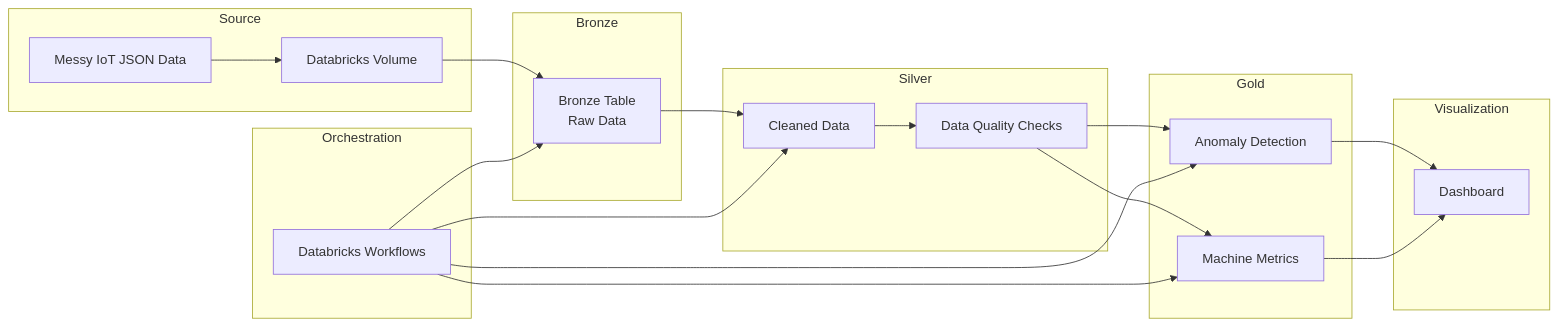
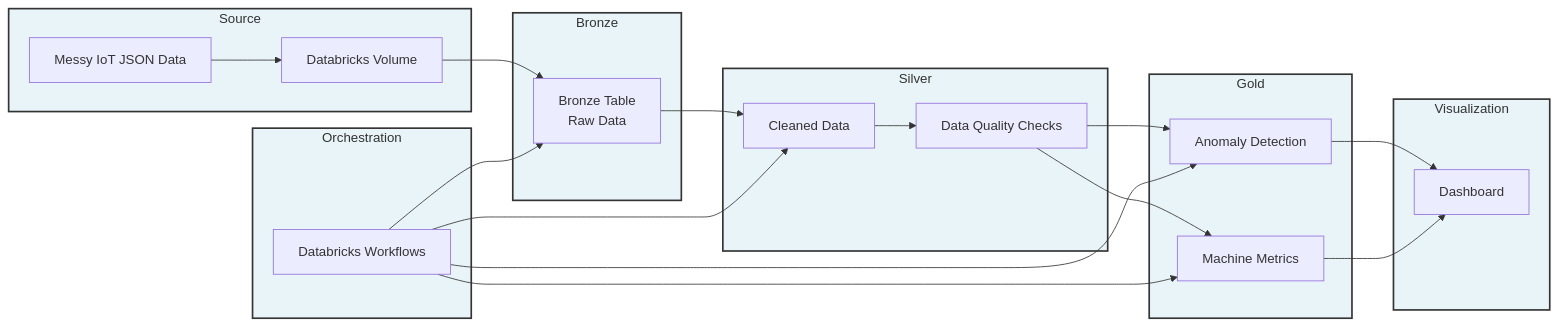
Before and after one commit to seyfe2023/IoT-Machine-Health-Analytics-Pipeline-Databricks-Medallion-Architecture-: the diagram in README.md, drawn with Mermaid.

Commit message:
Enhance diagram styles in README
Added styles for various elements in the diagram.

````diff
--- a/README.md
+++ b/README.md
@@ -11,32 +11,38 @@
 ```mermaid
 flowchart LR
     subgraph Source
         A[Messy IoT JSON Data] --> B[Databricks Volume]
     end
 
     subgraph Bronze
         B --> C[Bronze Table<br/>Raw Data]
     end
 
     subgraph Silver
         C --> D[Cleaned Data]
         D --> E[Data Quality Checks]
     end
 
     subgraph Gold
         E --> F[Anomaly Detection]
         E --> G[Machine Metrics]
     end
 
     subgraph Orchestration
         H[Databricks Workflows] --> C
         H --> D
         H --> F
 H --> G
     end
 
     subgraph Visualization
         F --> I[Dashboard]
         G --> I
     end
+    style Source fill:#e8f4f8,stroke:#333,stroke-width:2px,color:#333
+    style Bronze fill:#e8f4f8,stroke:#333,stroke-width:2px,color:#333
+    style Silver fill:#e8f4f8,stroke:#333,stroke-width:2px,color:#333
+    style Gold fill:#e8f4f8,stroke:#333,stroke-width:2px,color:#333
+    style Orchestration fill:#e8f4f8,stroke:#333,stroke-width:2px,color:#333
+    style Visualization fill:#e8f4f8,stroke:#333,stroke-width:2px,color:#333
 ```
````
